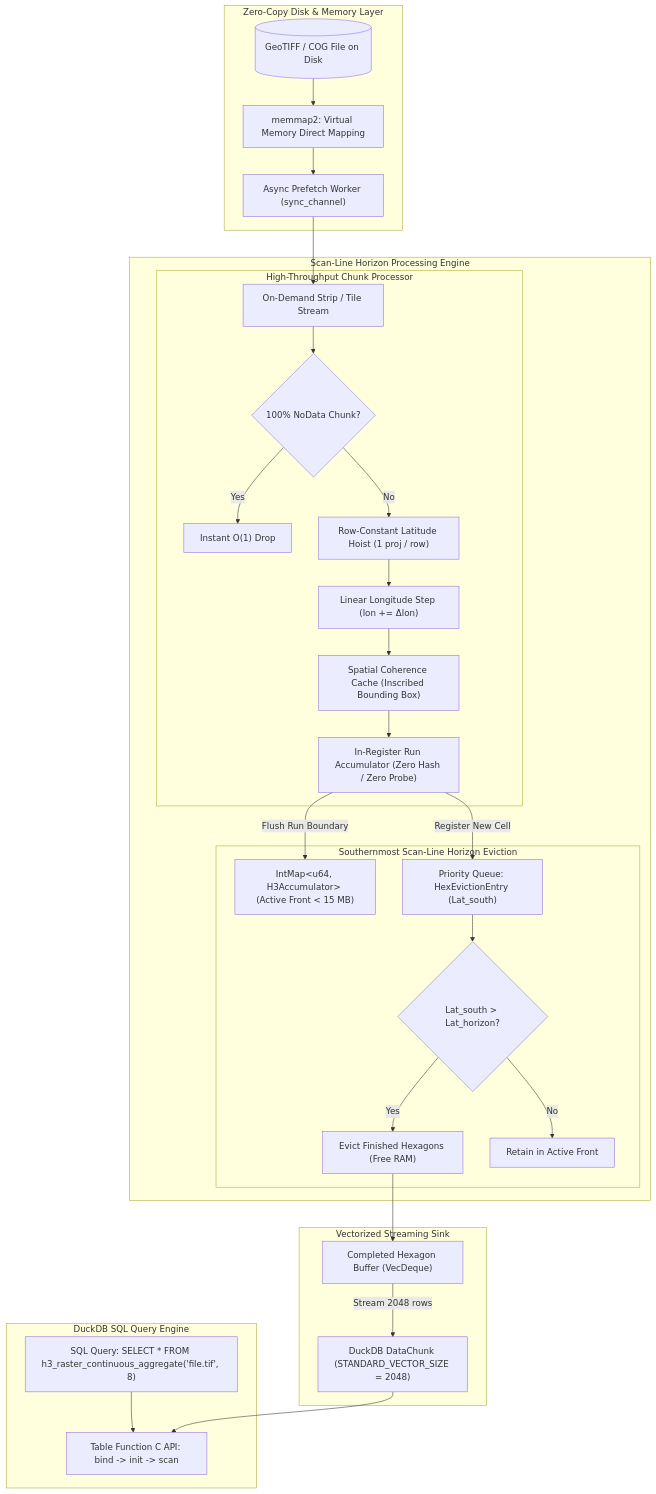
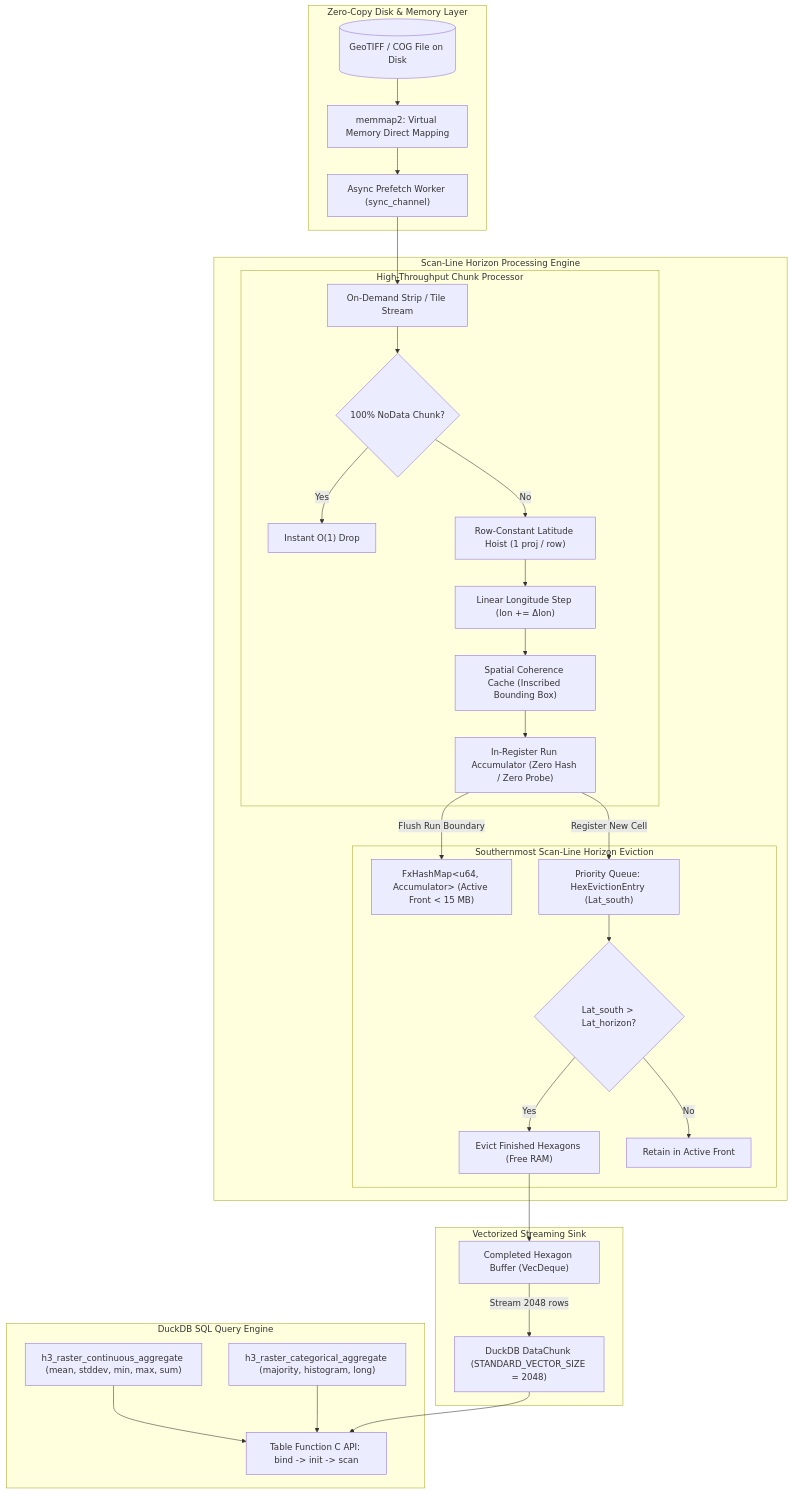
Before and after one commit to dmuldrew/raster_h3: the diagram in README.md, drawn with Mermaid. The commit also changed other lines of this file and 4 other files, not shown here.

````diff
--- a/README.md
+++ b/README.md
@@ -454,49 +519,51 @@
 ```mermaid
 flowchart TD
     subgraph DuckDB ["DuckDB SQL Query Engine"]
-        SQL["SQL Query: SELECT * FROM h3_raster_continuous_aggregate('file.tif', 8)"]
+        SQL1["h3_raster_continuous_aggregate (mean, stddev, min, max, sum)"]
+        SQL2["h3_raster_categorical_aggregate (majority, histogram, long)"]
         TF["Table Function C API: bind -> init -> scan"]
-        SQL --> TF
+        SQL1 --> TF
+        SQL2 --> TF
     end
 
     subgraph IO ["Zero-Copy Disk & Memory Layer"]
         FILE[("GeoTIFF / COG File on Disk")]
         MMAP["memmap2: Virtual Memory Direct Mapping"]
         PREFETCH["Async Prefetch Worker (sync_channel)"]
         FILE --> MMAP --> PREFETCH
     end
 
     subgraph PIPELINE ["Scan-Line Horizon Processing Engine"]
         CHUNK["On-Demand Strip / Tile Stream"]
         PREFETCH --> CHUNK
 
         subgraph WORKER ["High-Throughput Chunk Processor"]
             NODATA{"100% NoData Chunk?"}
             CHUNK --> NODATA
             NODATA -- "Yes" --> SKIP["Instant O(1) Drop"]
             NODATA -- "No" --> HOIST["Row-Constant Latitude Hoist (1 proj / row)"]
             HOIST --> STEP["Linear Longitude Step (lon += Δlon)"]
             STEP --> CACHE["Spatial Coherence Cache (Inscribed Bounding Box)"]
             CACHE --> RUN["In-Register Run Accumulator (Zero Hash / Zero Probe)"]
         end
 
         subgraph HORIZON ["Southernmost Scan-Line Horizon Eviction"]
-            ACTIVE_MAP["IntMap&lt;u64, H3Accumulator&gt; (Active Front &lt; 15 MB)"]
+            ACTIVE_MAP["FxHashMap&lt;u64, Accumulator&gt; (Active Front &lt; 15 MB)"]
             QUEUE["Priority Queue: HexEvictionEntry (Lat_south)"]
             RUN -->|"Flush Run Boundary"| ACTIVE_MAP
             RUN -->|"Register New Cell"| QUEUE
             EVICT{"Lat_south > Lat_horizon?"}
             QUEUE --> EVICT
             EVICT -- "Yes" --> POP["Evict Finished Hexagons (Free RAM)"]
             EVICT -- "No" --> KEEP["Retain in Active Front"]
         end
     end
 
     subgraph OUTPUT ["Vectorized Streaming Sink"]
         BUFFER["Completed Hexagon Buffer (VecDeque)"]
         POP --> BUFFER
         CHUNK_OUT["DuckDB DataChunk (STANDARD_VECTOR_SIZE = 2048)"]
         BUFFER -->|"Stream 2048 rows"| CHUNK_OUT
         CHUNK_OUT --> TF
     end
 ```
````
